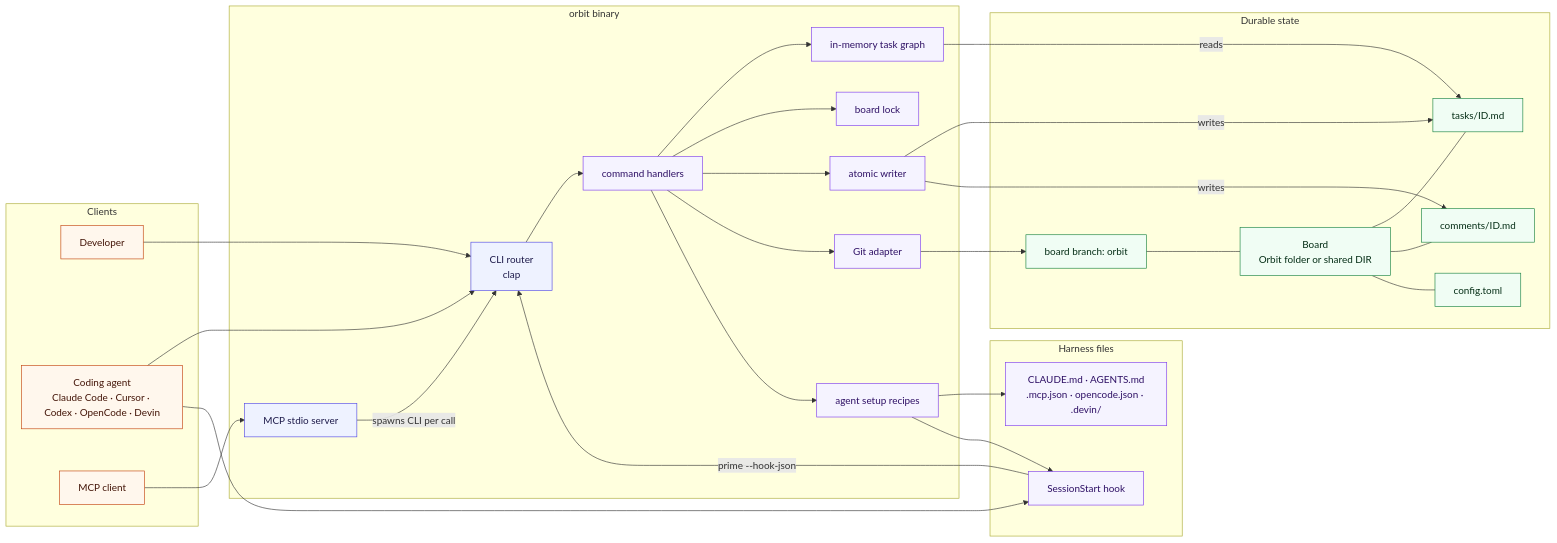
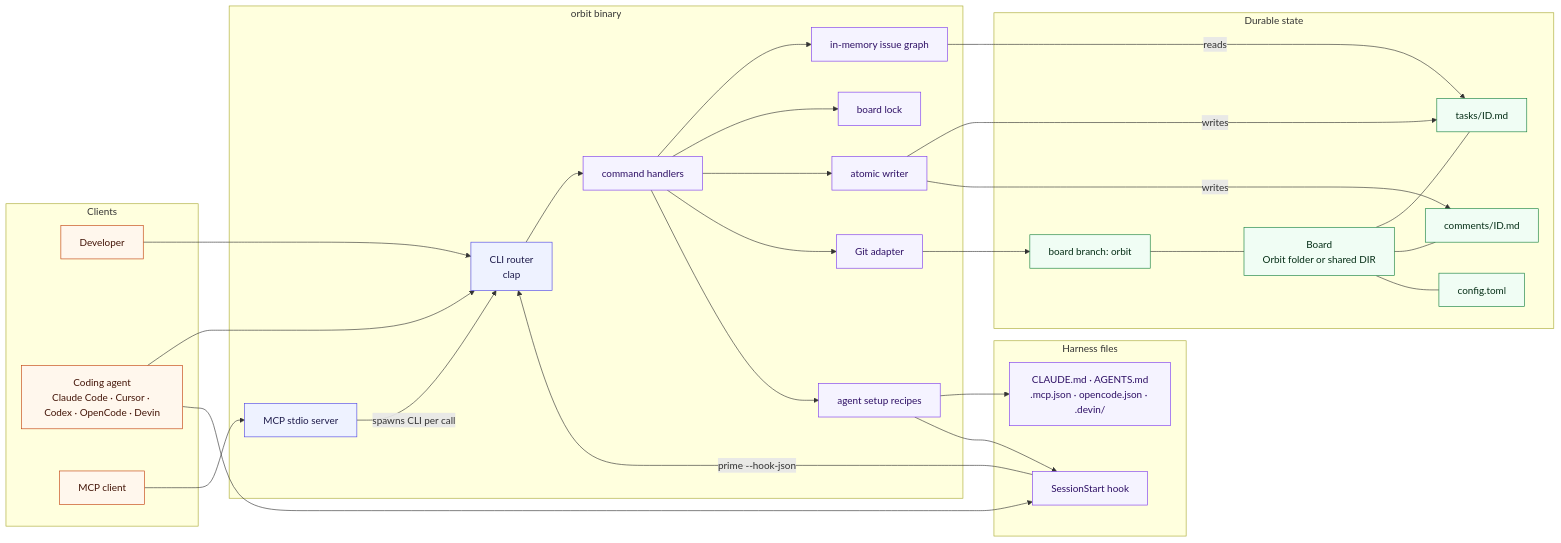
Before and after one commit to rcmendes/orbit: the first of 6 diagrams in README.md, drawn with Mermaid. The commit also changed other lines of this file and 16 other files, not shown here.

````diff
--- a/README.md
+++ b/README.md
@@ -300,67 +299,67 @@
 ```mermaid
 flowchart LR
     subgraph Clients["Clients"]
         DEV["Developer"]
         AGENT["Coding agent<br/>Claude Code · Cursor · Codex · OpenCode · Devin"]
         MCPC["MCP client"]
     end
 
     subgraph Binary["orbit binary"]
         ROUTER["CLI router<br/>clap"]
         MCP["MCP stdio server"]
         CMD["command handlers"]
-        GRAPH["in-memory task graph"]
+        GRAPH["in-memory issue graph"]
         LOCK["board lock"]
         ATOMIC["atomic writer"]
         GIT["Git adapter"]
         SETUP["agent setup recipes"]
     end
 
     subgraph Storage["Durable state"]
         BOARD["Board<br/>Orbit folder or shared DIR"]
         TASKS["tasks/ID.md"]
         COMMENTS["comments/ID.md"]
         CONFIG["config.toml"]
         BRANCH["board branch: orbit"]
     end
 
     subgraph Harness["Harness files"]
         FILES["CLAUDE.md · AGENTS.md<br/>.mcp.json · opencode.json · .devin/"]
         HOOK["SessionStart hook"]
     end
 
     DEV --> ROUTER
     AGENT --> ROUTER
     AGENT --> HOOK
     HOOK -->|"prime --hook-json"| ROUTER
     MCPC --> MCP
     MCP -->|"spawns CLI per call"| ROUTER
     ROUTER --> CMD
     CMD --> GRAPH
     GRAPH -->|reads| TASKS
     CMD --> LOCK
     CMD --> ATOMIC
     ATOMIC -->|writes| TASKS
     ATOMIC -->|writes| COMMENTS
     CMD --> GIT
     GIT --> BRANCH
     BOARD --- TASKS
     BOARD --- COMMENTS
     BOARD --- CONFIG
     BRANCH --- BOARD
     CMD --> SETUP
     SETUP --> FILES
     SETUP --> HOOK
 
     classDef actor fill:#fff7ed,stroke:#c2410c,color:#431407
     classDef iface fill:#eef2ff,stroke:#4f46e5,color:#1e1b4b
     classDef app fill:#f5f3ff,stroke:#7c3aed,color:#2e1065
     classDef domain fill:#ecfeff,stroke:#0e7490,color:#083344
     classDef store fill:#f0fdf4,stroke:#15803d,color:#052e16
 
     class DEV,AGENT,MCPC actor
     class ROUTER,MCP iface
     class CMD,GRAPH,LOCK,ATOMIC,GIT,SETUP app
     class BOARD,TASKS,COMMENTS,CONFIG,BRANCH store
     class FILES,HOOK app
 ```
````
